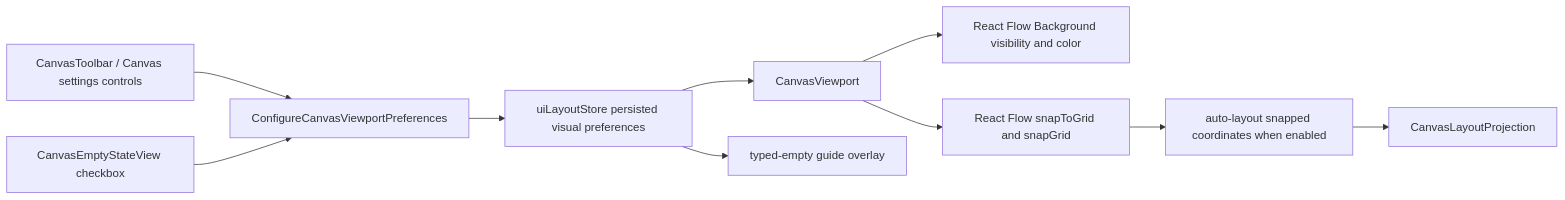
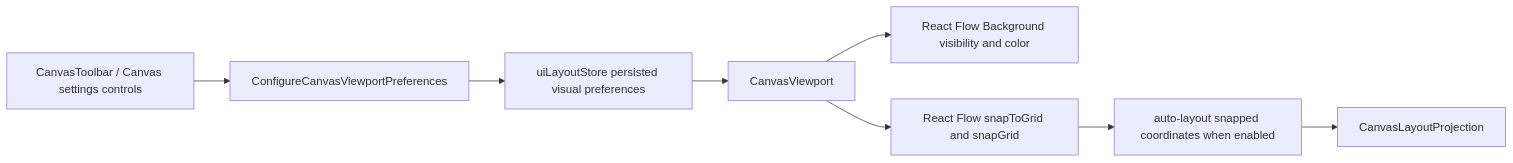
The second of 4 diagrams in docs/architecture/components/web/graph/canvas-layout-persistence-component.md (dunay2/dvt), drawn with Mermaid before and after one commit. The commit also changed other lines of this file and 64 other files, not shown here.

Commit message:
refactor(web): Retire obsolete empty Canvas guide (#2898)

````diff
--- a/docs/architecture/components/web/graph/canvas-layout-persistence-component.md
+++ b/docs/architecture/components/web/graph/canvas-layout-persistence-component.md
@@ -144,12 +141,10 @@
 ```mermaid
 flowchart LR
   Toolbar["CanvasToolbar / Canvas settings controls"] --> Command["ConfigureCanvasViewportPreferences"]
-  Guide["CanvasEmptyStateView checkbox"] --> Command
   Command --> Store["uiLayoutStore persisted visual preferences"]
   Store --> Viewport["CanvasViewport"]
-  Store --> EmptyGuide["typed-empty guide overlay"]
   Viewport --> Background["React Flow Background visibility and color"]
   Viewport --> Snap["React Flow snapToGrid and snapGrid"]
   Snap --> Layout["auto-layout snapped coordinates when enabled"]
   Layout --> Projection["CanvasLayoutProjection"]
 ```
````
